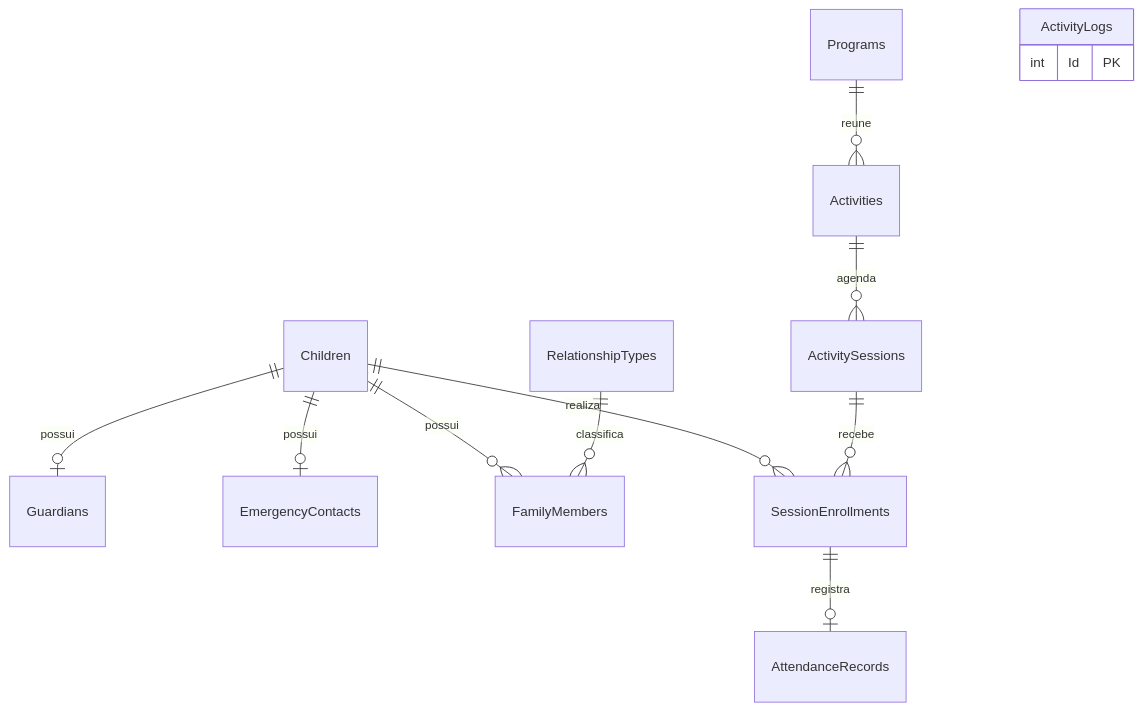
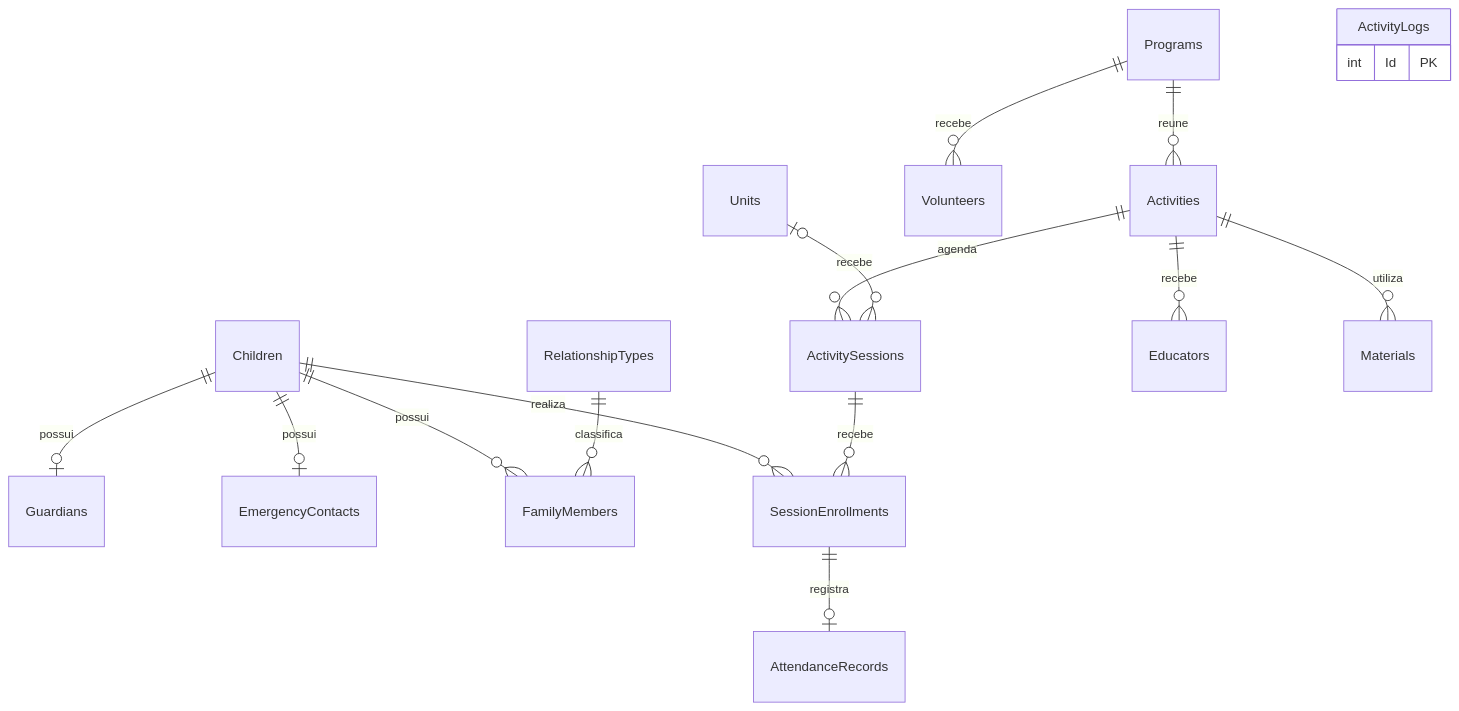
Before and after one commit to resgatandovalores/RECRIAR-CSHARP: the diagram in docs/database/MER.mmd, drawn with Mermaid. The commit also changed 19 other files, not shown here.

```diff
--- a/docs/database/MER.mmd
+++ b/docs/database/MER.mmd
@@ -1,11 +1,15 @@
 erDiagram
  Children ||--o| Guardians : possui
  Children ||--o| EmergencyContacts : possui
  Children ||--o{ FamilyMembers : possui
  RelationshipTypes ||--o{ FamilyMembers : classifica
  Programs ||--o{ Activities : reune
  Activities ||--o{ ActivitySessions : agenda
  Children ||--o{ SessionEnrollments : realiza
  ActivitySessions ||--o{ SessionEnrollments : recebe
  SessionEnrollments ||--o| AttendanceRecords : registra
+ Activities ||--o{ Educators : recebe
+ Programs ||--o{ Volunteers : recebe
+ Activities ||--o{ Materials : utiliza
+ Units |o--o{ ActivitySessions : recebe
  ActivityLogs { int Id PK }
```
